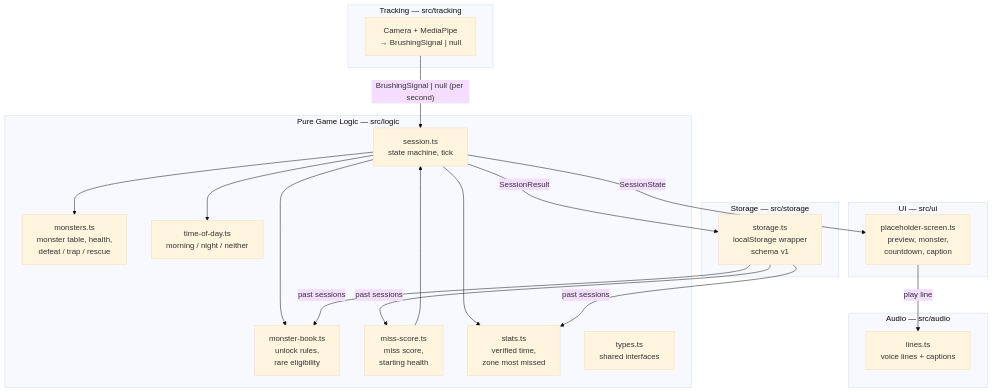
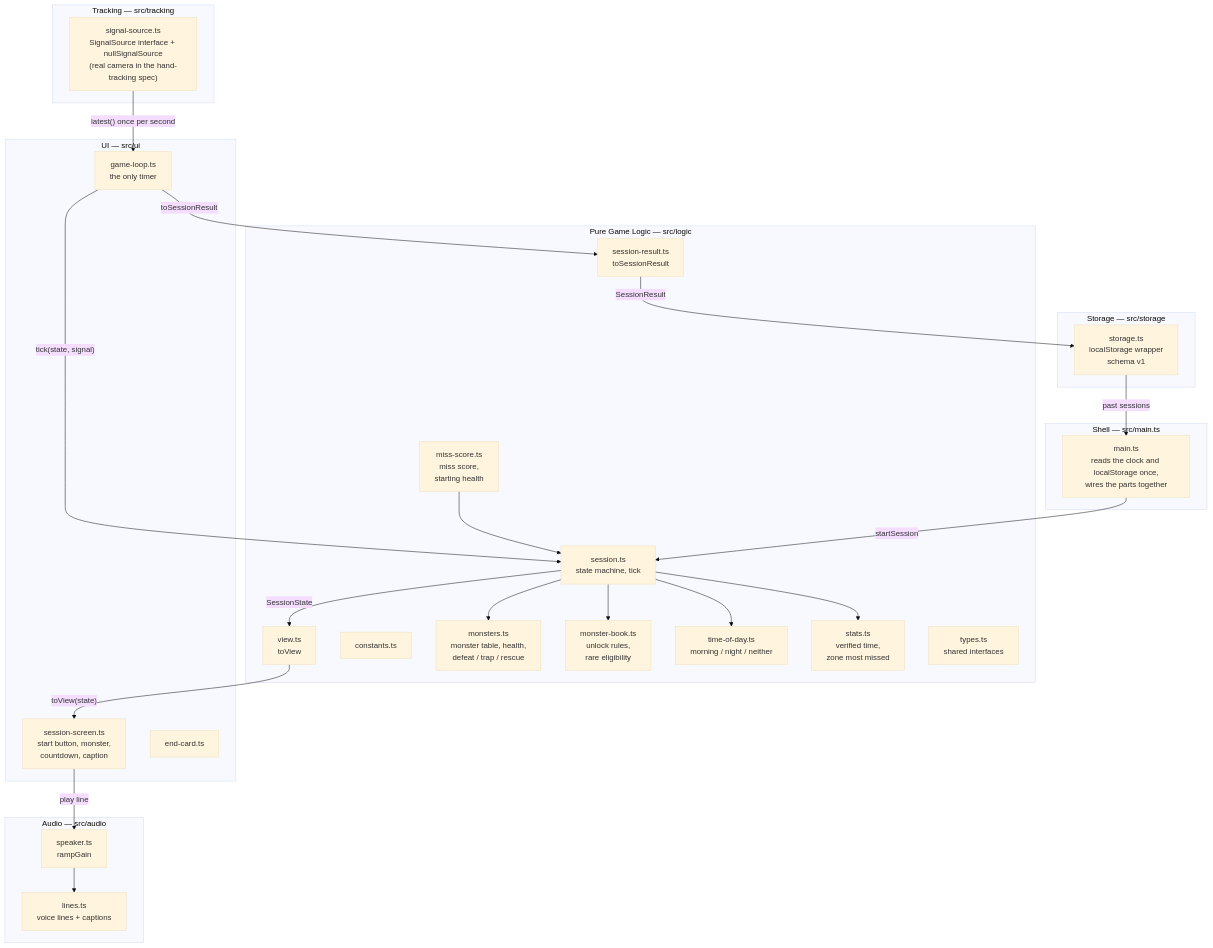
Before and after one commit to yateen01-oralsurgeonn/Foamtom: the first of 2 diagrams in .kiro/specs/core-brushing-loop/design.md, drawn with Mermaid (base theme). The commit also changed other lines of this file, not shown here.

Commit message:
spec(core-brushing-loop): design - module list for a runnable app, storage without stored miss scores, error table (Kiro CLI, prompt d03)

````diff
--- a/.kiro/specs/core-brushing-loop/design.md
+++ b/.kiro/specs/core-brushing-loop/design.md
@@ -27,37 +34,49 @@
 ```mermaid
 graph TD
+    subgraph Shell ["Shell — src/main.ts"]
+        MAIN["main.ts<br/>reads the clock and localStorage once,<br/>wires the parts together"]
+    end
     subgraph Tracking ["Tracking — src/tracking"]
-        CAM["Camera + MediaPipe<br/>→ BrushingSignal | null"]
+        CAM["signal-source.ts<br/>SignalSource interface + nullSignalSource<br/>(real camera in the hand-tracking spec)"]
     end
     subgraph Logic ["Pure Game Logic — src/logic"]
         SESSION["session.ts<br/>state machine, tick"]
+        RESULT["session-result.ts<br/>toSessionResult"]
+        VIEW["view.ts<br/>toView"]
+        CONST["constants.ts"]
         MONSTERS["monsters.ts<br/>monster table, health,<br/>defeat / trap / rescue"]
         BOOK["monster-book.ts<br/>unlock rules,<br/>rare eligibility"]
         MISS["miss-score.ts<br/>miss score,<br/>starting health"]
         TOD["time-of-day.ts<br/>morning / night / neither"]
         STATS["stats.ts<br/>verified time,<br/>zone most missed"]
         TYPES["types.ts<br/>shared interfaces"]
     end
     subgraph Storage ["Storage — src/storage"]
         STORE["storage.ts<br/>localStorage wrapper<br/>schema v1"]
     end
     subgraph UI ["UI — src/ui"]
-        SCREEN["placeholder-screen.ts<br/>preview, monster,<br/>countdown, caption"]
+        LOOP["game-loop.ts<br/>the only timer"]
+        SCREEN["session-screen.ts<br/>start button, monster,<br/>countdown, caption"]
+        ENDCARD["end-card.ts"]
     end
     subgraph Audio ["Audio — src/audio"]
         LINES["lines.ts<br/>voice lines + captions"]
+        SPEAKER["speaker.ts<br/>rampGain"]
     end
 
-    CAM -- "BrushingSignal | null (per second)" --> SESSION
+    CAM -- "latest() once per second" --> LOOP
+    LOOP -- "tick(state, signal)" --> SESSION
     SESSION --> MONSTERS
     SESSION --> TOD
     MISS --> SESSION
     SESSION --> BOOK
     SESSION --> STATS
-    SESSION -- "SessionState" --> SCREEN
-    SCREEN -- "play line" --> LINES
-    SESSION -- "SessionResult" --> STORE
-    STORE -- "past sessions" --> MISS
-    STORE -- "past sessions" --> STATS
-    STORE -- "past sessions" --> BOOK
+    SESSION -- "SessionState" --> VIEW
+    VIEW -- "toView(state)" --> SCREEN
+    SCREEN -- "play line" --> SPEAKER
+    SPEAKER --> LINES
+    LOOP -- "toSessionResult" --> RESULT
+    RESULT -- "SessionResult" --> STORE
+    STORE -- "past sessions" --> MAIN
+    MAIN -- "startSession" --> SESSION
 ```
````
